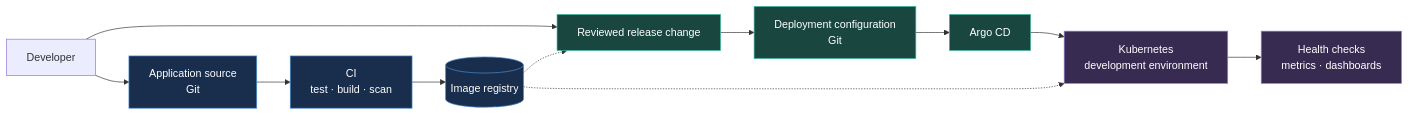
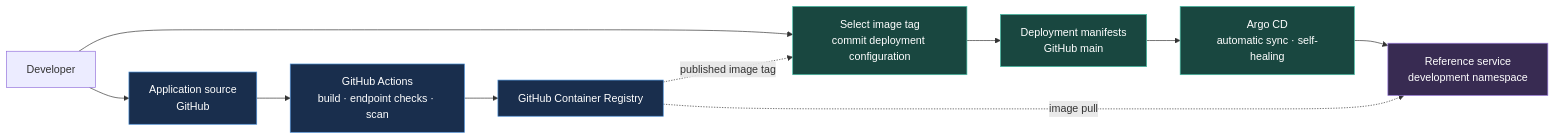
One commit to Rano1000/internal-developer-platform changed the first of 3 diagrams in docs/architecture.md. Above: the diagram before and after it, drawn with Mermaid. The commit also changed other lines of this file, not shown here.

Commit message:
docs: align architecture with verified local MVP

````diff
--- a/docs/architecture.md
+++ b/docs/architecture.md
@@ -40,21 +47,20 @@
 ```mermaid
 flowchart LR
-    dev["Developer"] --> source["Application source<br/>Git"]
-    source --> ci["CI<br/>test · build · scan"]
-    ci --> registry[("Image registry")]
+    developer["Developer"] --> source["Application source<br/>GitHub"]
+    source --> ci["GitHub Actions<br/>build · endpoint checks · scan"]
+    ci --> registry["GitHub Container Registry"]
 
-    dev --> change["Reviewed release change"]
-    registry -.-> change
-    change --> config["Deployment configuration<br/>Git"]
-    config --> argo["Argo CD"]
-    argo --> cluster["Kubernetes<br/>development environment"]
-    registry -.-> cluster
-    cluster --> observe["Health checks<br/>metrics · dashboards"]
+    developer --> release["Select image tag<br/>commit deployment configuration"]
+    registry -.->|published image tag| release
+    release --> config["Deployment manifests<br/>GitHub main"]
+    config --> argo["Argo CD<br/>automatic sync · self-healing"]
+    argo --> workload["Reference service<br/>development namespace"]
+    registry -.->|image pull| workload
 
     classDef buildStep fill:#192E4D,color:#FFFFFF,stroke:#4B8FD6;
     classDef releaseStep fill:#194740,color:#FFFFFF,stroke:#44BFA6;
     classDef runtimeStep fill:#382B52,color:#FFFFFF,stroke:#9B7CDD;
     class source,ci,registry buildStep;
-    class change,config,argo releaseStep;
-    class cluster,observe runtimeStep;
+    class release,config,argo releaseStep;
+    class workload runtimeStep;
 ```
````
